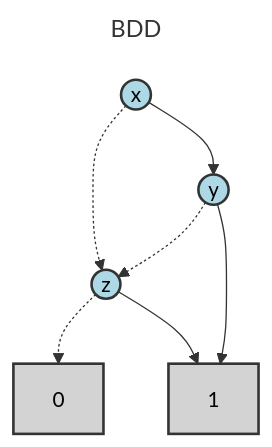
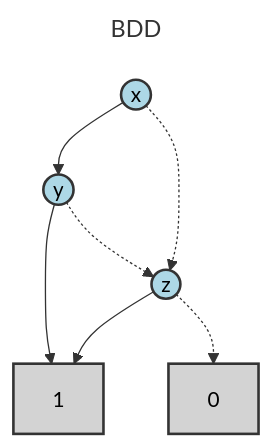
One commit to Alan-Jowett/bdd_test changed the second of 2 diagrams in test_expressions/reference_output/test_subdir_expression_analysis.md. Above: the diagram before and after it, drawn with Mermaid. The commit also changed other lines of this file and 150 other files, not shown here.

First line of the commit message:
More dag graph cleanup (#65)

````diff
--- a/test_expressions/reference_output/test_subdir_expression_analysis.md
+++ b/test_expressions/reference_output/test_subdir_expression_analysis.md
@@ -46,27 +46,27 @@
 ```mermaid
 ---
 title: BDD
 ---
 flowchart TD
     N0["0"]
     N1["1"]
     N2(("z"))
     N3(("y"))
     N4(("x"))
 
+    N2 --> N1
     N2 -.-> N0
-    N2 --> N1
+    N3 --> N1
     N3 -.-> N2
-    N3 --> N1
+    N4 --> N3
     N4 -.-> N2
-    N4 --> N3
 
     class N0 terminal
     class N1 terminal
     class N2 bddVariable
     class N3 bddVariable
     class N4 bddVariable
 
     classDef bddVariable fill:lightblue,stroke:#333,stroke-width:2px,color:#000
     classDef terminal fill:lightgray,stroke:#333,stroke-width:2px,color:#000
 ```
````
